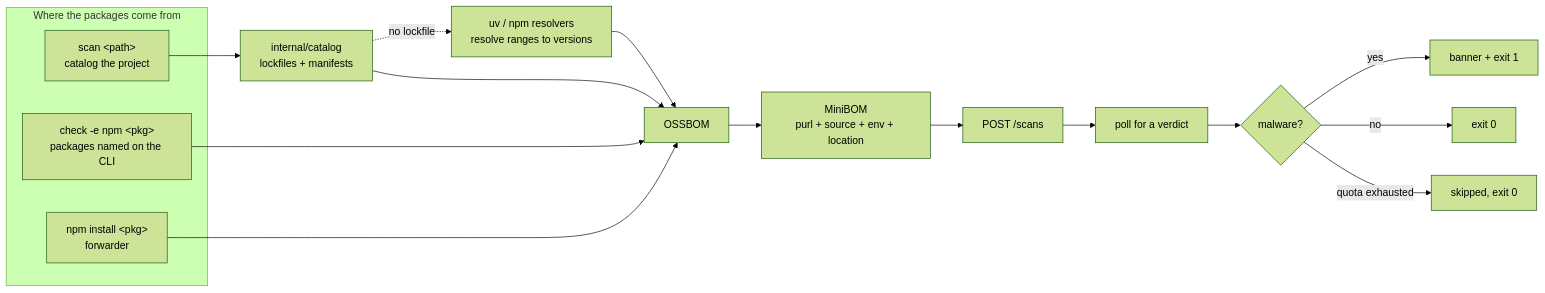
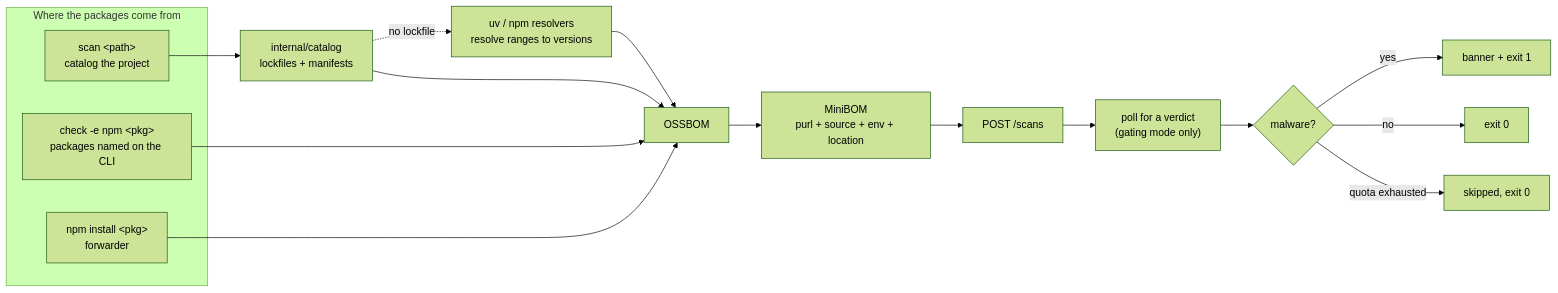
Before and after one commit to ossprey/ossprey-cli: the first of 3 diagrams in docs/architecture.md, drawn with Mermaid (forest theme). The commit also changed other lines of this file and 8 other files, not shown here.

````diff
--- a/docs/architecture.md
+++ b/docs/architecture.md
@@ -12,22 +17,22 @@
 ```mermaid
 flowchart LR
     subgraph sources["Where the packages come from"]
         A["scan &lt;path&gt;<br/>catalog the project"]
         B["check -e npm &lt;pkg&gt;<br/>packages named on the CLI"]
         C["npm install &lt;pkg&gt;<br/>forwarder"]
     end
 
     A --> D["internal/catalog<br/>lockfiles + manifests"]
     D -. "no lockfile" .-> E["uv / npm resolvers<br/>resolve ranges to versions"]
     E --> F
     D --> F["OSSBOM"]
     B --> F
     C --> F
     F --> G["MiniBOM<br/>purl + source + env + location"]
     G --> H["POST /scans"]
-    H --> I["poll for a verdict"]
+    H --> I["poll for a verdict<br/>(gating mode only)"]
     I --> J{"malware?"}
     J -- "yes" --> K["banner + exit 1"]
     J -- "no" --> L["exit 0"]
     J -- "quota exhausted" --> M["skipped, exit 0"]
 ```
````
